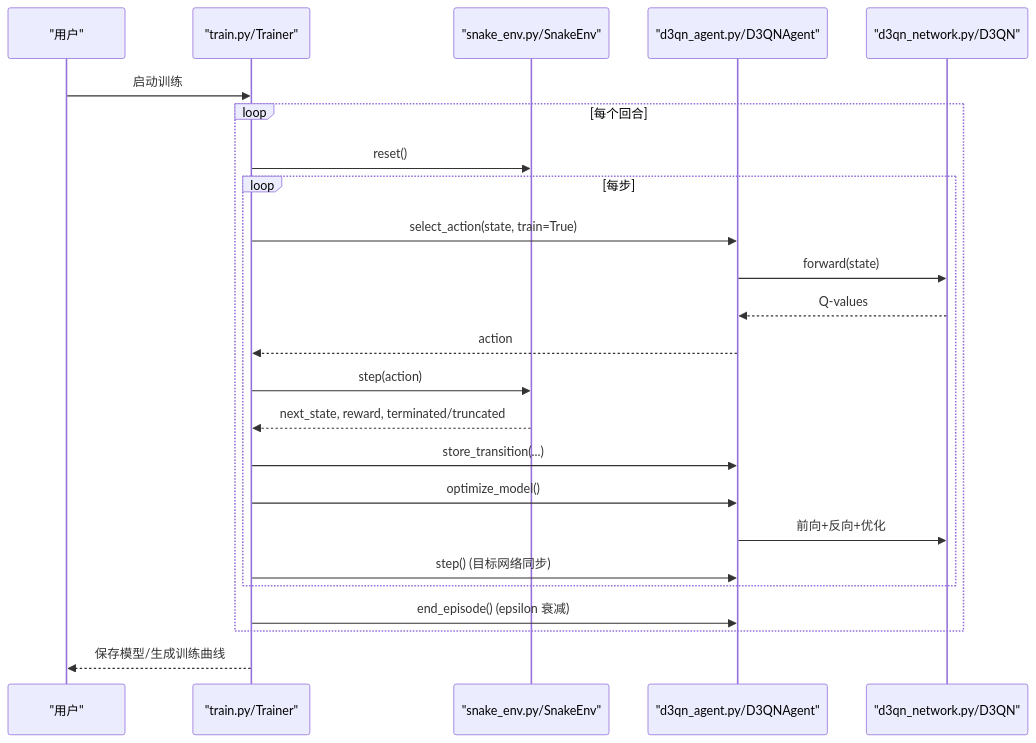
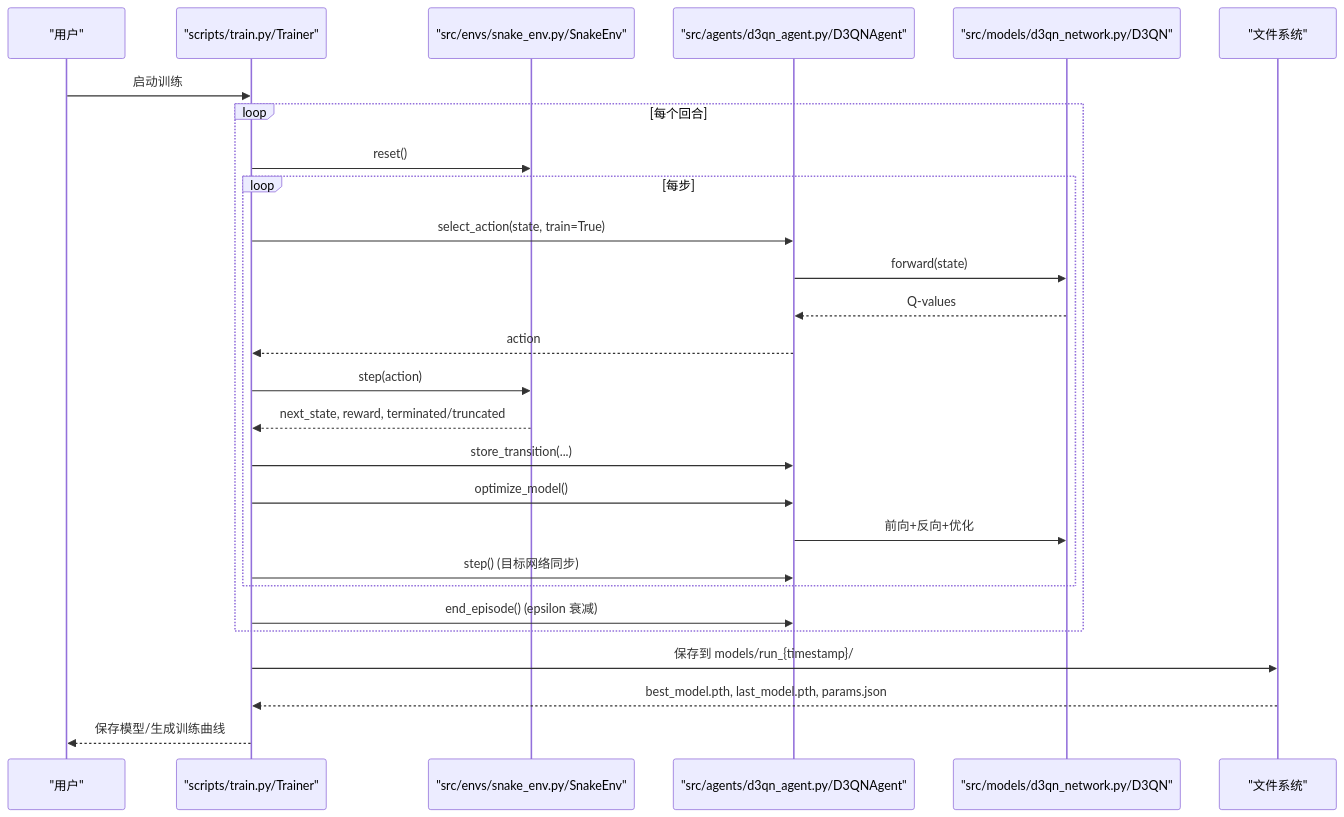
One commit to fuweiq94-cloud/3399180760000 changed the second of 8 diagrams in .qoder/repowiki/zh/content/演示和测试/可视化报告系统.md. Above: the diagram before and after it, drawn with Mermaid. The commit also changed other lines of this file and 75 other files, not shown here.

````diff
--- a/.qoder/repowiki/zh/content/演示和测试/可视化报告系统.md
+++ b/.qoder/repowiki/zh/content/演示和测试/可视化报告系统.md
@@ -114,26 +128,29 @@
 ```mermaid
 sequenceDiagram
 participant U as "用户"
-participant T as "train.py/Trainer"
-participant E as "snake_env.py/SnakeEnv"
-participant A as "d3qn_agent.py/D3QNAgent"
-participant N as "d3qn_network.py/D3QN"
+participant T as "scripts/train.py/Trainer"
+participant E as "src/envs/snake_env.py/SnakeEnv"
+participant A as "src/agents/d3qn_agent.py/D3QNAgent"
+participant N as "src/models/d3qn_network.py/D3QN"
+participant FS as "文件系统"
 U->>T : 启动训练
 loop 每个回合
 T->>E : reset()
 loop 每步
 T->>A : select_action(state, train=True)
 A->>N : forward(state)
 N-->>A : Q-values
 A-->>T : action
 T->>E : step(action)
 E-->>T : next_state, reward, terminated/truncated
 T->>A : store_transition(...)
 T->>A : optimize_model()
 A->>N : 前向+反向+优化
 T->>A : step() (目标网络同步)
 end
 T->>A : end_episode() (epsilon 衰减)
 end
+T->>FS : 保存到 models/run_{timestamp}/
+FS-->>T : best_model.pth, last_model.pth, params.json
 T-->>U : 保存模型/生成训练曲线
 ```
````
